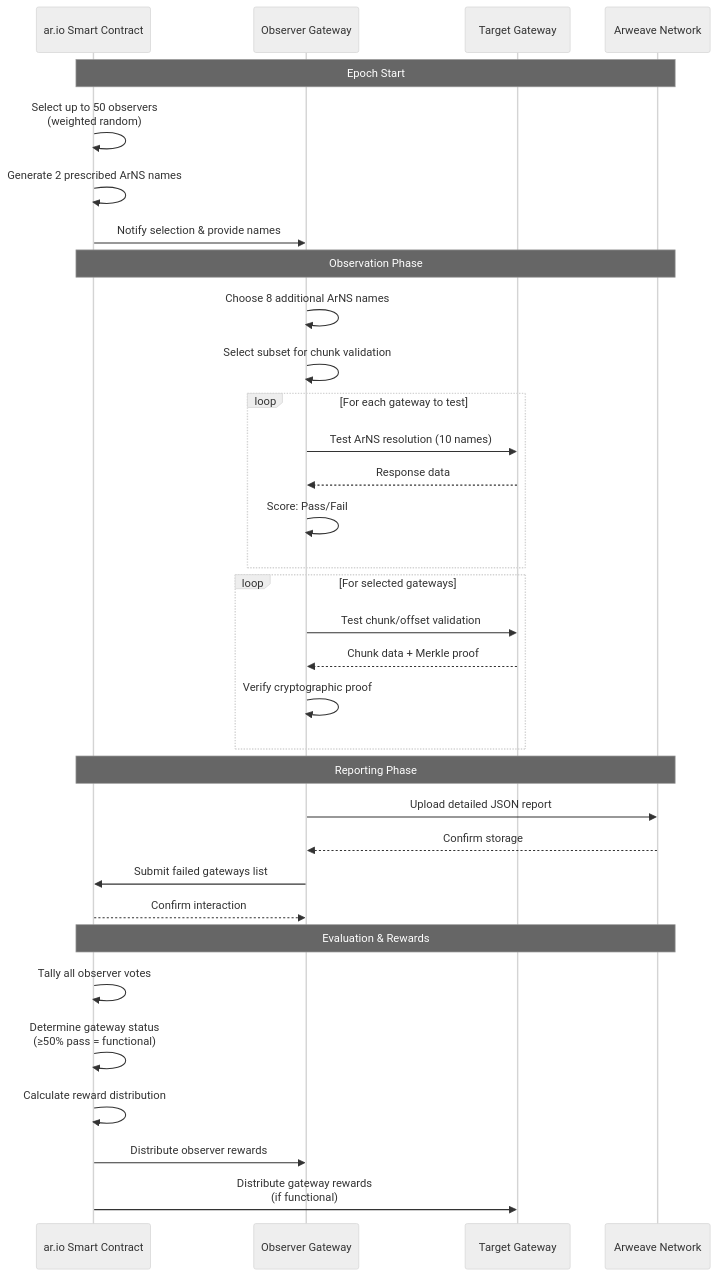
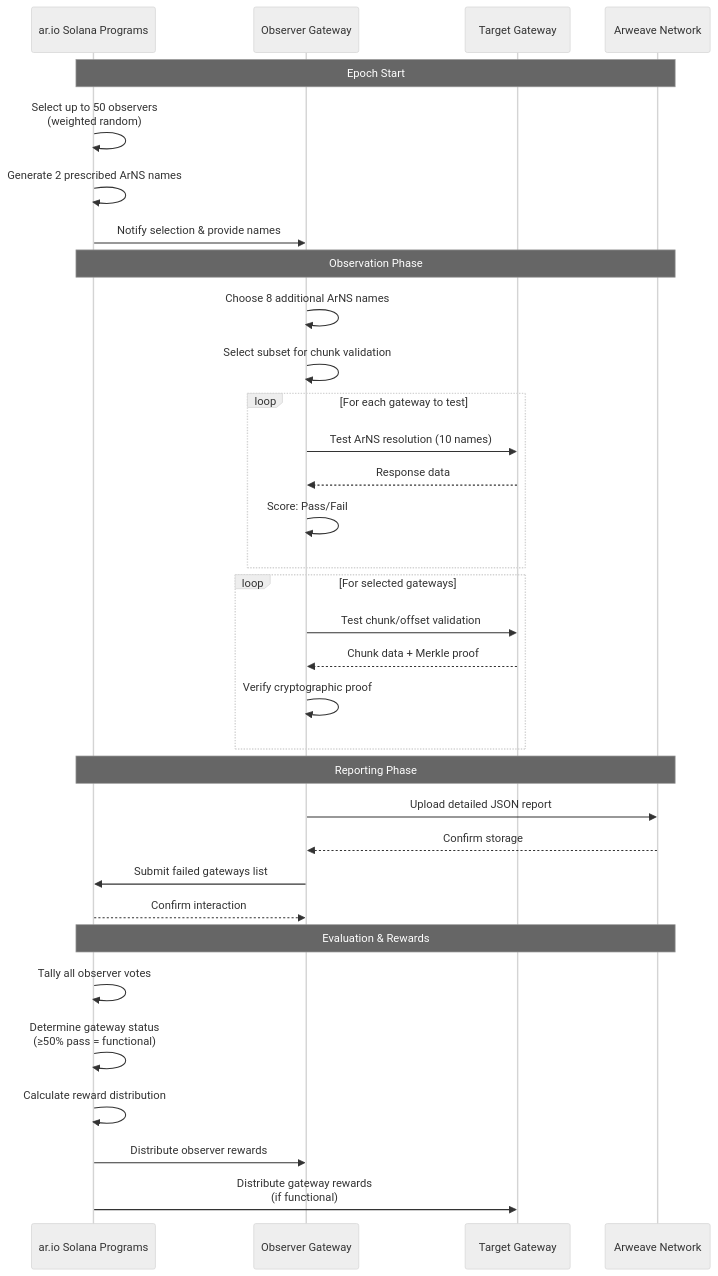
Before and after one commit to ar-io/docs: the diagram in content/learn/oip/index.mdx, drawn with Mermaid (neutral theme). The commit also changed other lines of this file and 62 other files, not shown here.

````diff
--- a/content/learn/oip/index.mdx
+++ b/content/learn/oip/index.mdx
@@ -19,39 +19,39 @@
 ```mermaid
 sequenceDiagram
-    participant SC as ar.io Smart Contract
+    participant SC as ar.io Solana Programs
     participant OBS as Observer Gateway
     participant GW as Target Gateway
     participant AR as Arweave Network
 
     Note over SC,AR: Epoch Start
     SC->>SC: Select up to 50 observers<br/>(weighted random)
     SC->>SC: Generate 2 prescribed ArNS names
     SC->>OBS: Notify selection & provide names
 
     Note over SC,AR: Observation Phase
     OBS->>OBS: Choose 8 additional ArNS names
     OBS->>OBS: Select subset for chunk validation
     loop For each gateway to test
         OBS->>GW: Test ArNS resolution (10 names)
         GW-->>OBS: Response data
         OBS->>OBS: Score: Pass/Fail
     end
     loop For selected gateways
         OBS->>GW: Test chunk/offset validation
         GW-->>OBS: Chunk data + Merkle proof
         OBS->>OBS: Verify cryptographic proof
     end
 
     Note over SC,AR: Reporting Phase
     OBS->>AR: Upload detailed JSON report
     AR-->>OBS: Confirm storage
     OBS->>SC: Submit failed gateways list
     SC-->>OBS: Confirm interaction
 
     Note over SC,AR: Evaluation & Rewards
     SC->>SC: Tally all observer votes
     SC->>SC: Determine gateway status<br/>(≥50% pass = functional)
     SC->>SC: Calculate reward distribution
     SC->>OBS: Distribute observer rewards
     SC->>GW: Distribute gateway rewards<br/>(if functional)
 ```
````
